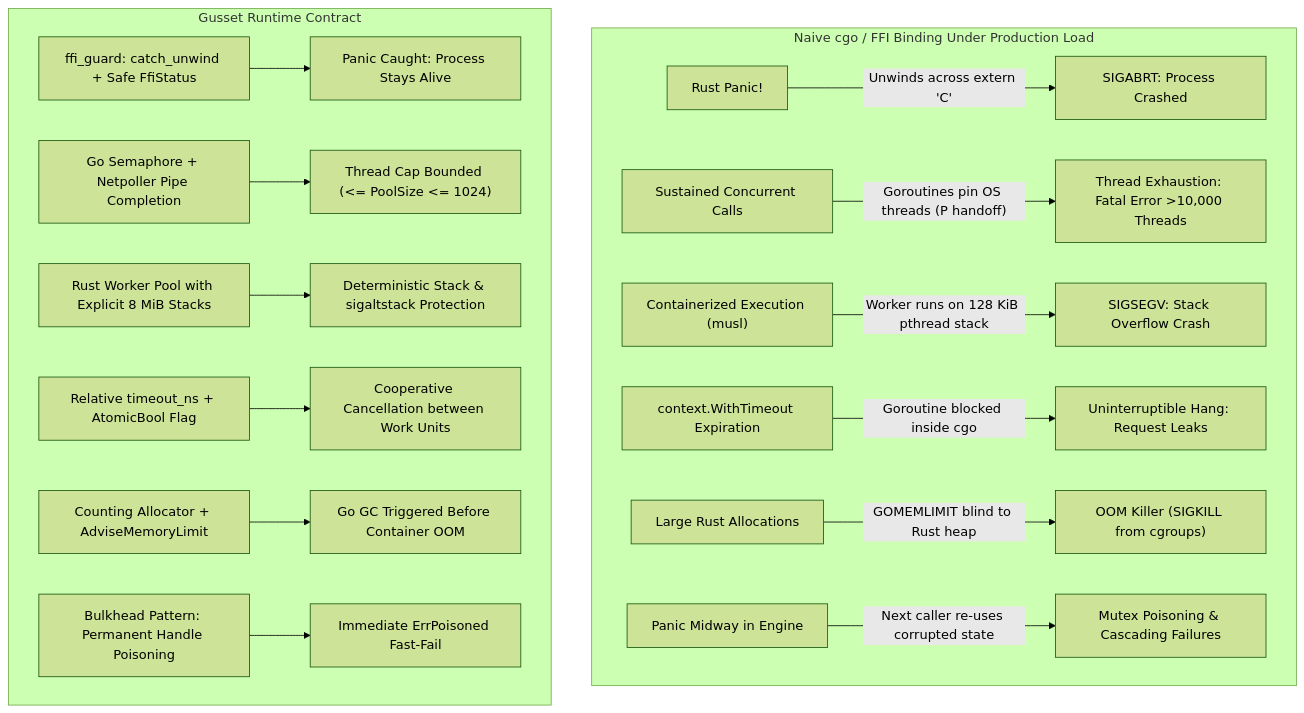
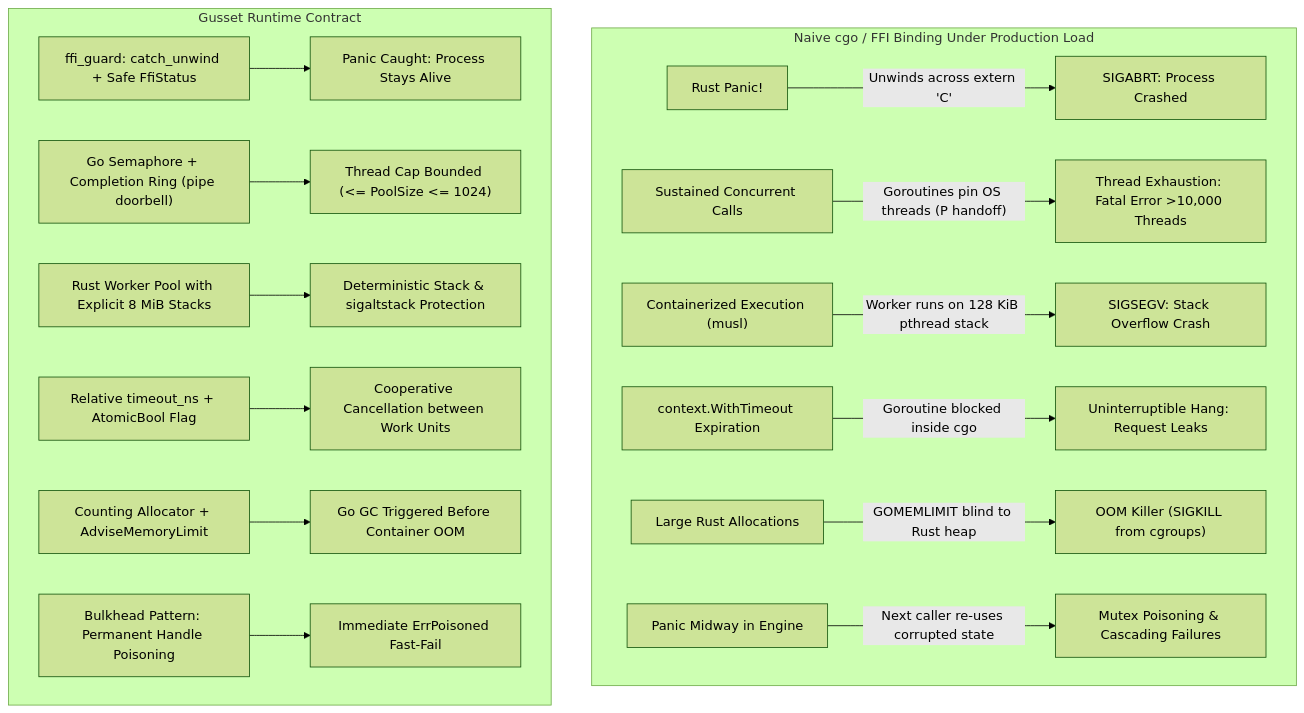
Before and after one commit to bharathvbcr/gusset: the first of 2 diagrams in docs/why.md, drawn with Mermaid (forest theme). The commit also changed other lines of this file and 9 other files, not shown here.

First line of the commit message:
docs: describe the completion ring and the 17-export ABI protecting I4 and I6

````diff
--- a/docs/why.md
+++ b/docs/why.md
@@ -22,20 +22,20 @@
 ```mermaid
 flowchart TD
     subgraph Naive ["Naive cgo / FFI Binding Under Production Load"]
         N1["Rust Panic!"] -->|"Unwinds across extern 'C'"| F1["SIGABRT: Process Crashed"]
         N2["Sustained Concurrent Calls"] -->|"Goroutines pin OS threads (P handoff)"| F2["Thread Exhaustion: Fatal Error >10,000 Threads"]
         N3["Containerized Execution (musl)"] -->|"Worker runs on 128 KiB pthread stack"| F3["SIGSEGV: Stack Overflow Crash"]
         N4["context.WithTimeout Expiration"] -->|"Goroutine blocked inside cgo"| F4["Uninterruptible Hang: Request Leaks"]
         N5["Large Rust Allocations"] -->|"GOMEMLIMIT blind to Rust heap"| F5["OOM Killer (SIGKILL from cgroups)"]
         N6["Panic Midway in Engine"] -->|"Next caller re-uses corrupted state"| F6["Mutex Poisoning & Cascading Failures"]
     end
 
     subgraph Gusset ["Gusset Runtime Contract"]
         G1["ffi_guard: catch_unwind + Safe FfiStatus"] --> S1["Panic Caught: Process Stays Alive"]
-        G2["Go Semaphore + Netpoller Pipe Completion"] --> S2["Thread Cap Bounded (<= PoolSize <= 1024)"]
+        G2["Go Semaphore + Completion Ring (pipe doorbell)"] --> S2["Thread Cap Bounded (<= PoolSize <= 1024)"]
         G3["Rust Worker Pool with Explicit 8 MiB Stacks"] --> S3["Deterministic Stack & sigaltstack Protection"]
         G4["Relative timeout_ns + AtomicBool Flag"] --> S4["Cooperative Cancellation between Work Units"]
         G5["Counting Allocator + AdviseMemoryLimit"] --> S5["Go GC Triggered Before Container OOM"]
         G6["Bulkhead Pattern: Permanent Handle Poisoning"] --> S6["Immediate ErrPoisoned Fast-Fail"]
     end
 ```
````
